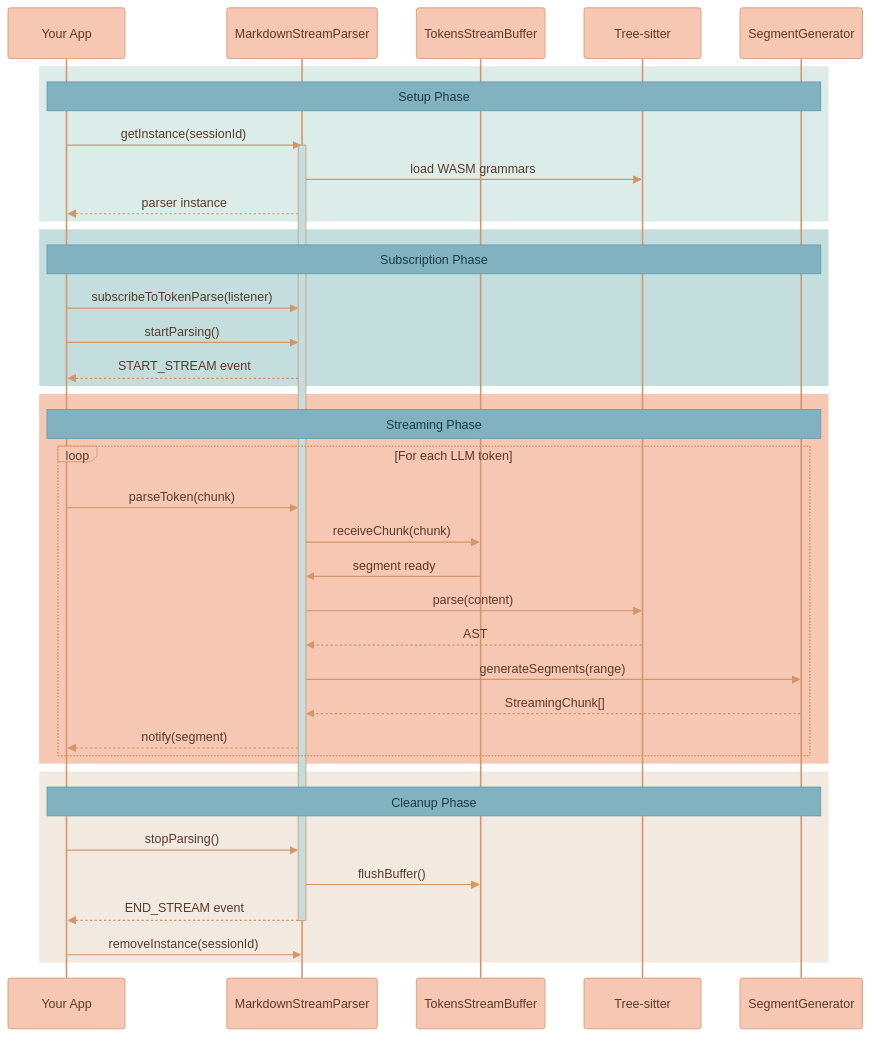
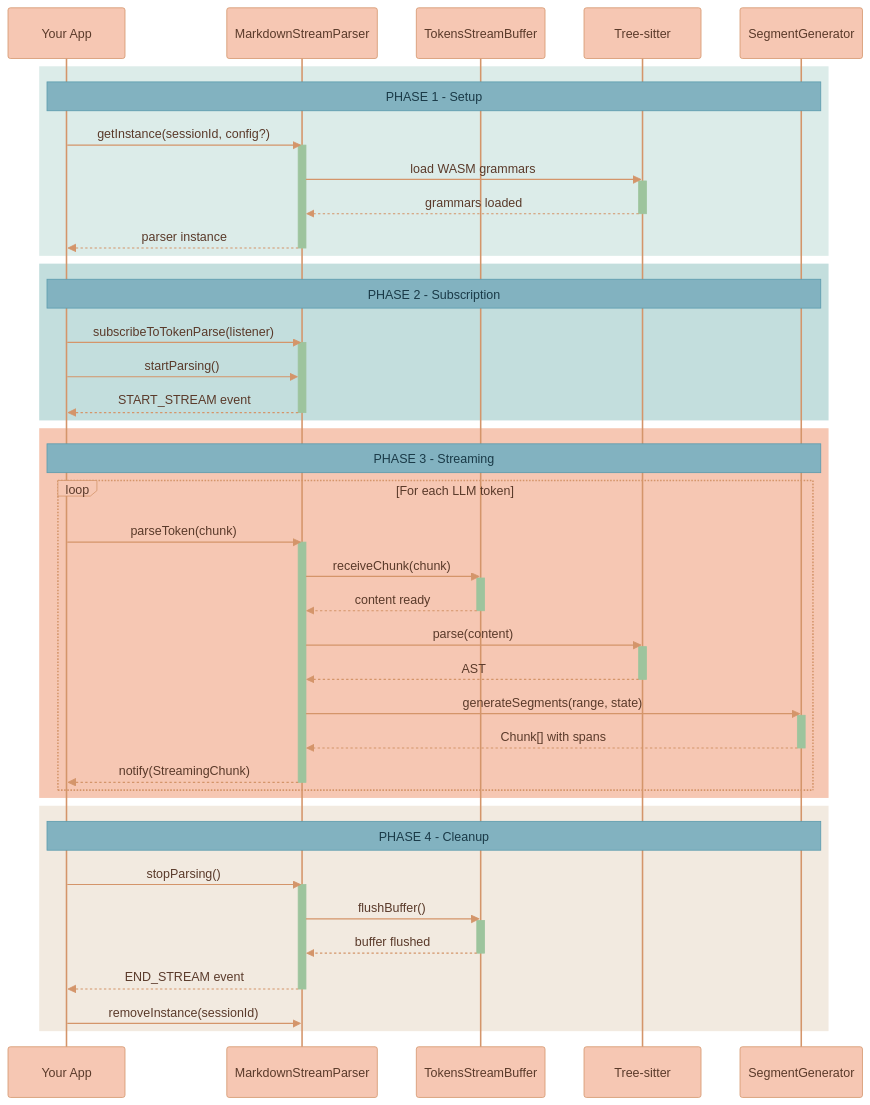
The third of 4 diagrams in README.md (fructusmortus/markdown-stream-parser), drawn with Mermaid before and after one commit. The commit also changed other lines of this file and 12 other files, not shown here.

````diff
--- a/README.md
+++ b/README.md
@@ -345,47 +473,77 @@
 ```mermaid
-%%{init: {'theme': 'base', 'themeVariables': { 'noteBkgColor': '#82B2C0', 'noteTextColor': '#1a3a47', 'noteBorderColor': '#5a9aad', 'actorBkg': '#F6C7B3', 'actorBorder': '#d4956a', 'actorTextColor': '#5a3a2a', 'actorLineColor': '#d4956a', 'signalColor': '#d4956a', 'signalTextColor': '#5a3a2a', 'labelBoxBkgColor': '#F6C7B3', 'labelBoxBorderColor': '#d4956a', 'labelTextColor': '#5a3a2a', 'loopTextColor': '#5a3a2a', 'activationBorderColor': '#d4956a', 'activationBkgColor': '#C3DEDD', 'sequenceNumberColor': '#5a3a2a'}}}%%
+%%{init: {'theme': 'base', 'themeVariables': { 'noteBkgColor': '#82B2C0', 'noteTextColor': '#1a3a47', 'noteBorderColor': '#5a9aad', 'actorBkg': '#F6C7B3', 'actorBorder': '#d4956a', 'actorTextColor': '#5a3a2a', 'actorLineColor': '#d4956a', 'signalColor': '#d4956a', 'signalTextColor': '#5a3a2a', 'labelBoxBkgColor': '#F6C7B3', 'labelBoxBorderColor': '#d4956a', 'labelTextColor': '#5a3a2a', 'loopTextColor': '#5a3a2a', 'activationBorderColor': '#9DC49D', 'activationBkgColor': '#9DC49D', 'sequenceNumberColor': '#5a3a2a'}}}%%
 sequenceDiagram
     participant App as Your App
     participant Parser as MarkdownStreamParser
     participant Buffer as TokensStreamBuffer
     participant TS as Tree-sitter
     participant Gen as SegmentGenerator
 
+    %% ═══════════════════════════════════════════════════════════════
+    %% SETUP PHASE
+    %% ═══════════════════════════════════════════════════════════════
     rect rgb(220, 236, 233)
-        Note over App, Gen: Setup Phase
-        App->>Parser: getInstance(sessionId)
+        Note over App, Gen: PHASE 1 - Setup
+        App->>Parser: getInstance(sessionId, config?)
         activate Parser
         Parser->>TS: load WASM grammars
+        activate TS
+        TS-->>Parser: grammars loaded
+        deactivate TS
         Parser-->>App: parser instance
+        deactivate Parser
     end
 
+    %% ═══════════════════════════════════════════════════════════════
+    %% SUBSCRIPTION PHASE
+    %% ═══════════════════════════════════════════════════════════════
     rect rgb(195, 222, 221)
-        Note over App, Gen: Subscription Phase
+        Note over App, Gen: PHASE 2 - Subscription
         App->>Parser: subscribeToTokenParse(listener)
+        activate Parser
         App->>Parser: startParsing()
         Parser-->>App: START_STREAM event
+        deactivate Parser
     end
 
+    %% ═══════════════════════════════════════════════════════════════
+    %% STREAMING PHASE
+    %% ═══════════════════════════════════════════════════════════════
     rect rgb(246, 199, 179)
-        Note over App, Gen: Streaming Phase
+        Note over App, Gen: PHASE 3 - Streaming
         loop For each LLM token
             App->>Parser: parseToken(chunk)
+            activate Parser
             Parser->>Buffer: receiveChunk(chunk)
-            Buffer->>Parser: segment ready
+            activate Buffer
+            Buffer-->>Parser: content ready
+            deactivate Buffer
             Parser->>TS: parse(content)
+            activate TS
             TS-->>Parser: AST
-            Parser->>Gen: generateSegments(range)
-            Gen-->>Parser: StreamingChunk[]
-            Parser-->>App: notify(segment)
+            deactivate TS
+            Parser->>Gen: generateSegments(range, state)
+            activate Gen
+            Gen-->>Parser: Chunk[] with spans
+            deactivate Gen
+            Parser-->>App: notify(StreamingChunk)
+            deactivate Parser
         end
     end
 
+    %% ═══════════════════════════════════════════════════════════════
+    %% CLEANUP PHASE
+    %% ═══════════════════════════════════════════════════════════════
     rect rgb(242, 234, 224)
-        Note over App, Gen: Cleanup Phase
+        Note over App, Gen: PHASE 4 - Cleanup
         App->>Parser: stopParsing()
+        activate Parser
         Parser->>Buffer: flushBuffer()
+        activate Buffer
+        Buffer-->>Parser: buffer flushed
+        deactivate Buffer
         Parser-->>App: END_STREAM event
         deactivate Parser
         App->>Parser: removeInstance(sessionId)
     end
 ```
````
